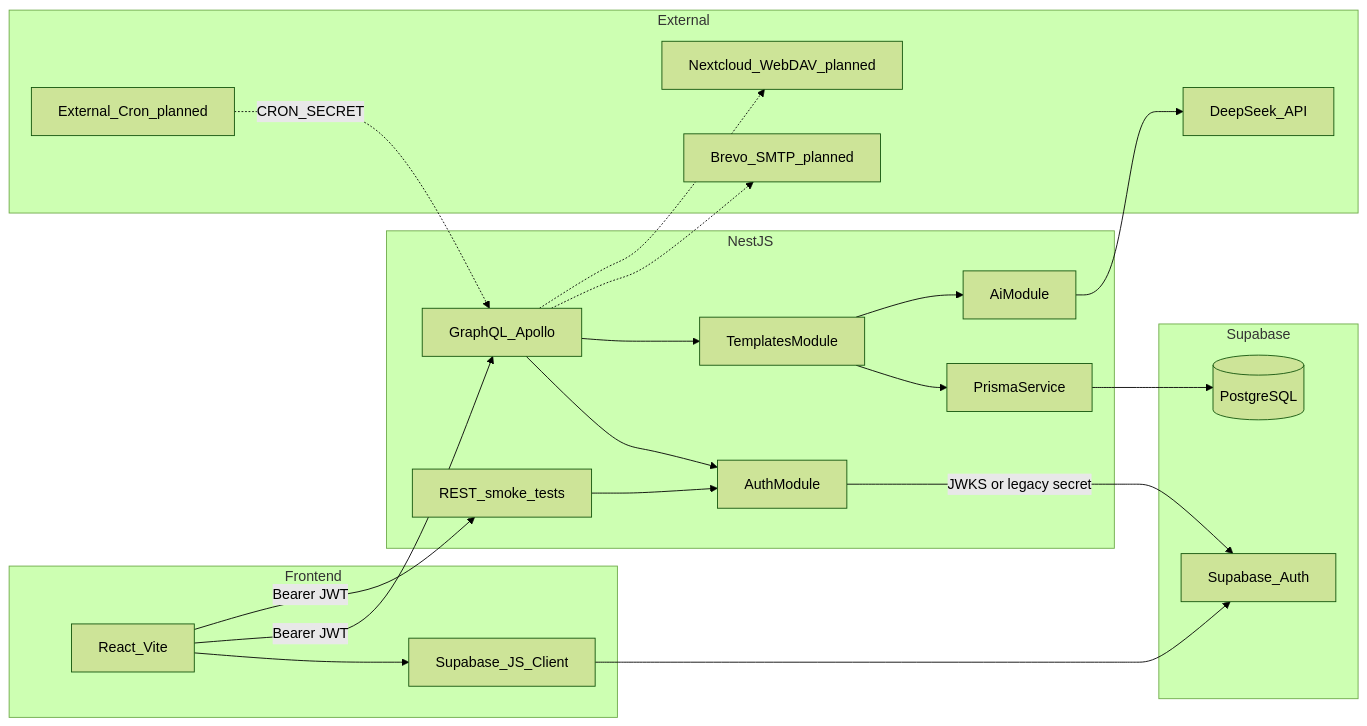
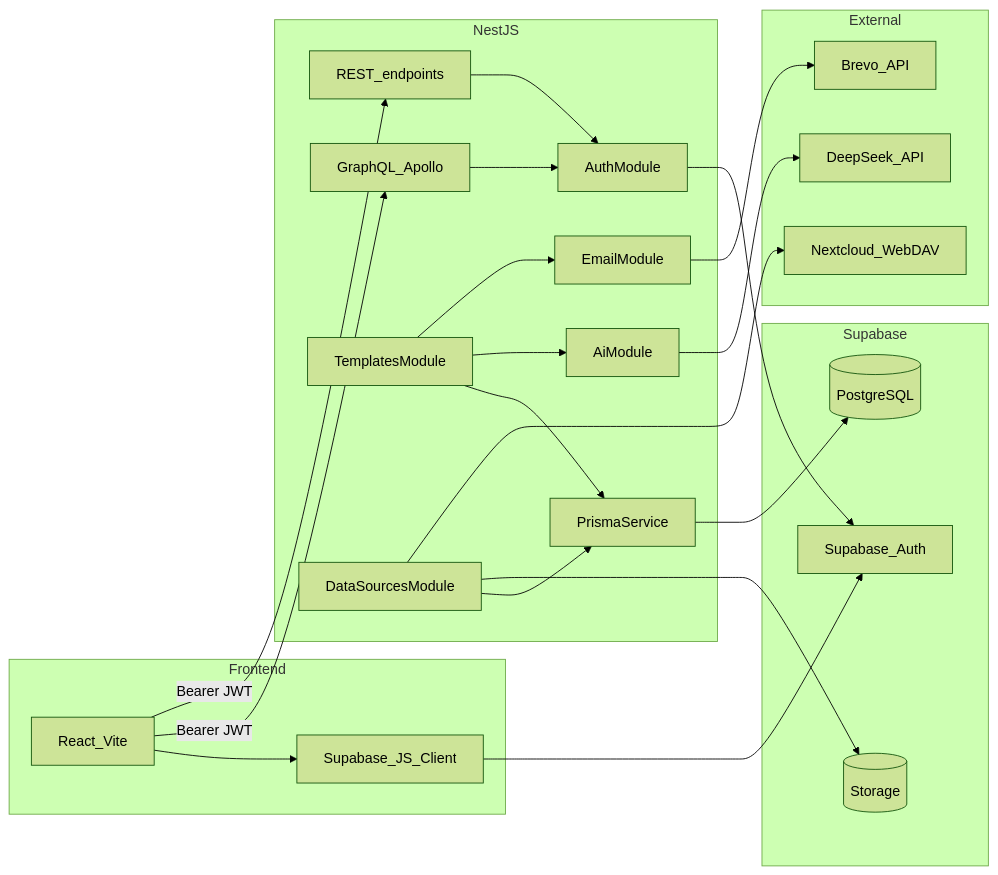
The diagram in docs/architecture.md (PatrykS-ORG/expenses-tracking-backend), drawn with Mermaid (forest theme) before and after one commit. The commit also changed other lines of this file and 33 other files, not shown here.

````diff
--- a/docs/architecture.md
+++ b/docs/architecture.md
@@ -7,40 +17,44 @@
 ```mermaid
 flowchart LR
-  subgraph client [Frontend]
+  subgraph frontend [Frontend]
     React[React_Vite]
     SupaClient[Supabase_JS_Client]
   end
   subgraph backend [NestJS]
     GQL[GraphQL_Apollo]
-    REST[REST_smoke_tests]
+    REST[REST_endpoints]
     AuthMod[AuthModule]
+    TemplatesMod[TemplatesModule]
+    DataSourcesMod[DataSourcesModule]
+    EmailMod[EmailModule]
+    AiMod[AiModule]
     PrismaSvc[PrismaService]
-    TemplatesMod[TemplatesModule]
-    AiMod[AiModule]
   end
   subgraph supabase [Supabase]
     SupaAuth[Supabase_Auth]
     Postgres[(PostgreSQL)]
+    Storage[(Storage)]
   end
   subgraph external [External]
     DeepSeek[DeepSeek_API]
-    Brevo[Brevo_SMTP_planned]
-    NC[Nextcloud_WebDAV_planned]
-    Cron[External_Cron_planned]
+    Brevo[Brevo_API]
+    Nextcloud[Nextcloud_WebDAV]
   end
+
   React --> SupaClient
   SupaClient --> SupaAuth
   React -->|"Bearer JWT"| GQL
   React -->|"Bearer JWT"| REST
   GQL --> AuthMod
   REST --> AuthMod
-  AuthMod -->|"JWKS or legacy secret"| SupaAuth
-  GQL --> TemplatesMod
+  AuthMod --> SupaAuth
   TemplatesMod --> PrismaSvc
   TemplatesMod --> AiMod
+  TemplatesMod --> EmailMod
+  DataSourcesMod --> PrismaSvc
+  DataSourcesMod --> Storage
+  DataSourcesMod --> Nextcloud
   AiMod --> DeepSeek
+  EmailMod --> Brevo
   PrismaSvc --> Postgres
-  GQL -.-> Brevo
-  GQL -.-> NC
-  Cron -.->|"CRON_SECRET"| GQL
 ```
````
